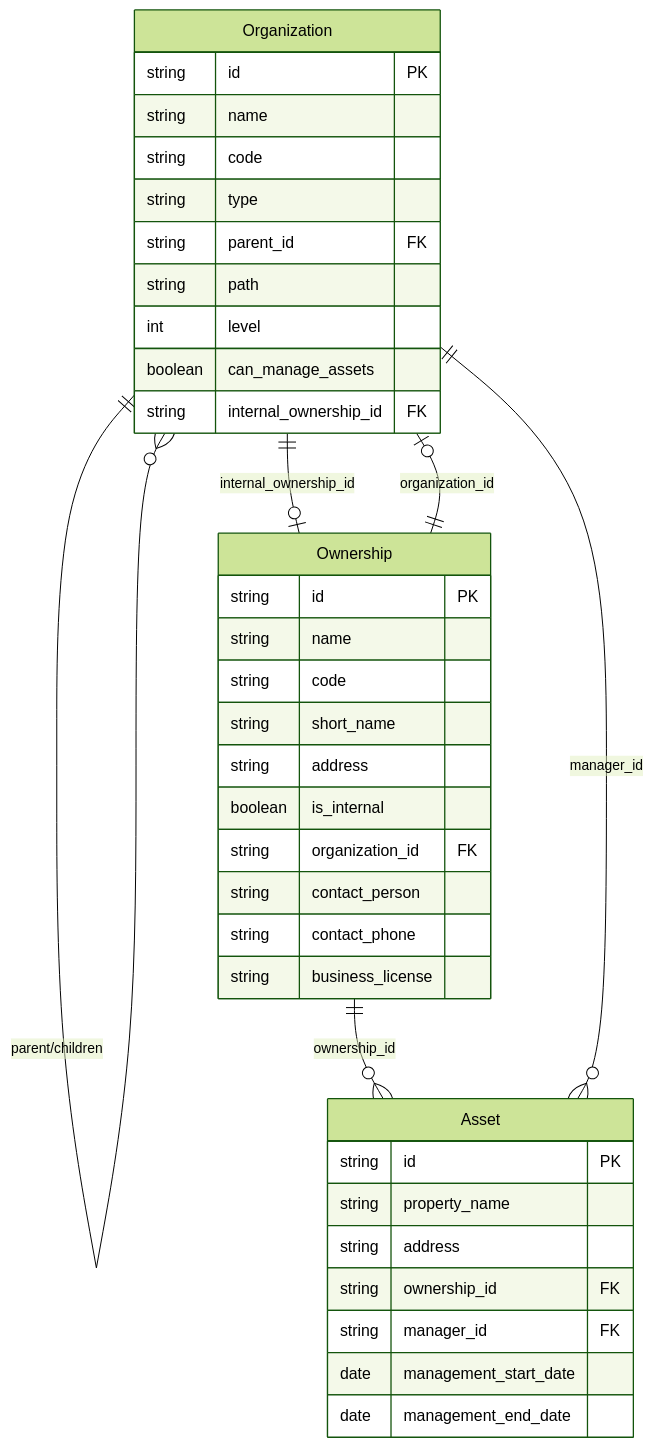
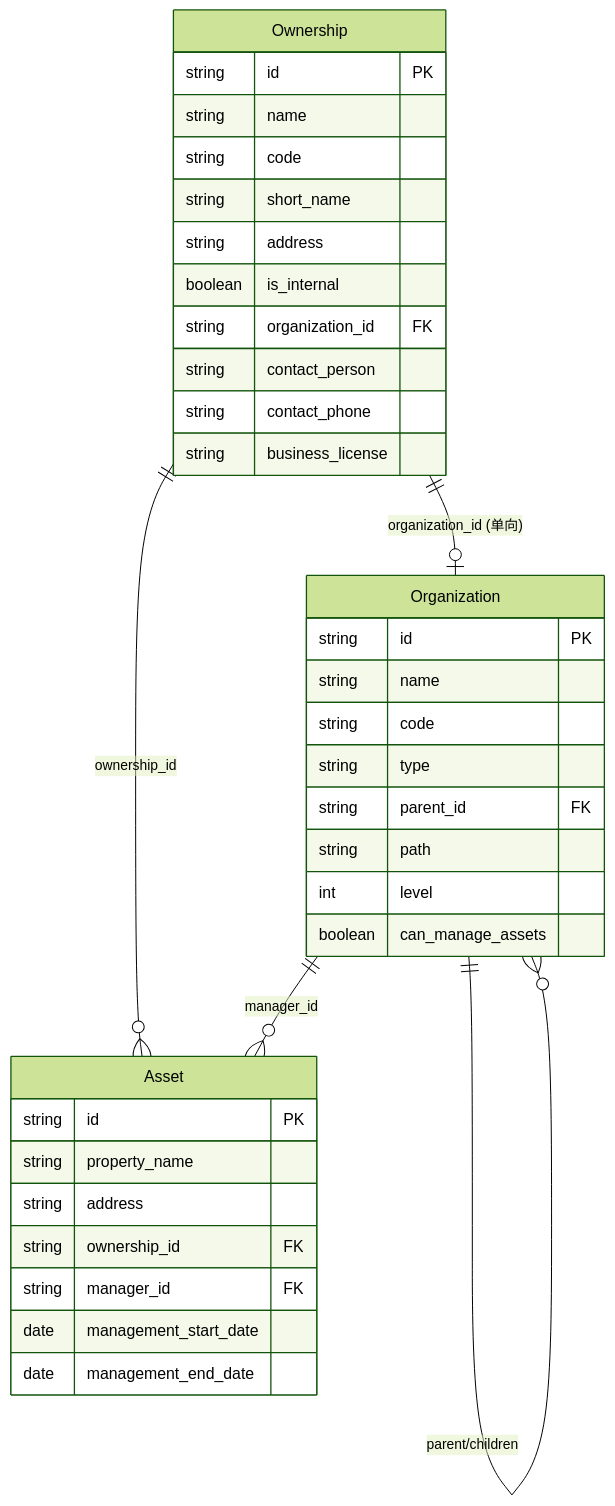
The diagram in docs/plans/2026-02-16-organization-architecture-design.md (yqy2026/zcgl), drawn with Mermaid (forest theme) before and after one commit. The commit also changed other lines of this file, not shown here.

First line of the commit message:
docs: simplify organization-ownership to single-direction FK

````diff
--- a/docs/plans/2026-02-16-organization-architecture-design.md
+++ b/docs/plans/2026-02-16-organization-architecture-design.md
@@ -327,43 +325,41 @@
 ```mermaid
 erDiagram
     Organization ||--o{ Organization : "parent/children"
-    Organization ||--o| Ownership : "internal_ownership_id"
-    Ownership ||--o| Organization : "organization_id"
+    Ownership ||--o| Organization : "organization_id (单向)"
     Ownership ||--o{ Asset : "ownership_id"
     Organization ||--o{ Asset : "manager_id"
     
     Organization {
         string id PK
         string name
         string code
         string type
         string parent_id FK
         string path
         int level
         boolean can_manage_assets
-        string internal_ownership_id FK
     }
     
     Ownership {
         string id PK
         string name
         string code
         string short_name
         string address
         boolean is_internal
         string organization_id FK
         string contact_person
         string contact_phone
         string business_license
     }
     
     Asset {
         string id PK
         string property_name
         string address
         string ownership_id FK
         string manager_id FK
         date management_start_date
         date management_end_date
     }
 ```
````
